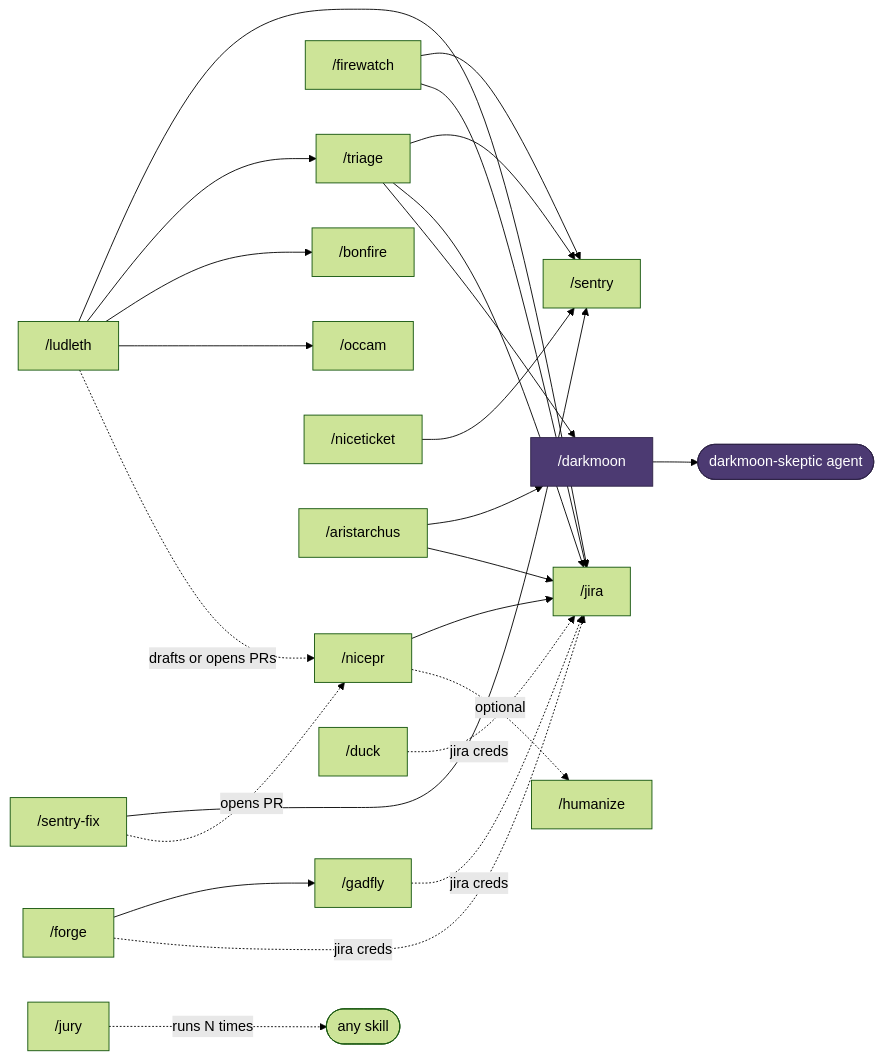
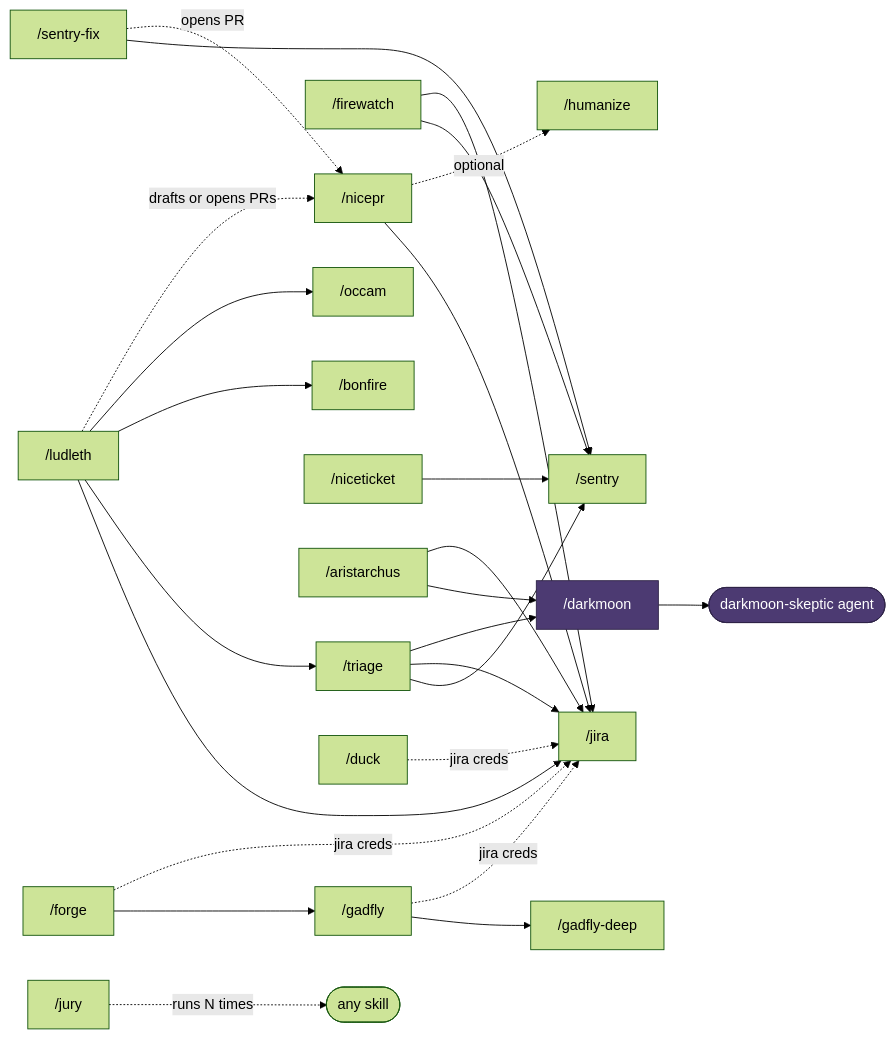
One commit to sgtlaugh/skills changed the diagram in README.md. Above: the diagram before and after it, drawn with Mermaid (forest theme). The commit also changed other lines of this file, not shown here.

Commit message:
docs: README fixes bonfire's needs and names gadfly-deep

````diff
--- a/README.md
+++ b/README.md
@@ -141,29 +143,30 @@
 ```mermaid
 flowchart LR
     triage["/triage"] --> sentry["/sentry"]
     triage --> jira["/jira"]
     triage --> darkmoon["/darkmoon"]
     firewatch["/firewatch"] --> sentry
     sentryfix["/sentry-fix"] --> sentry
     sentryfix -. opens PR .-> nicepr
     ludleth["/ludleth"] --> jira
     ludleth --> triage
     ludleth --> bonfire["/bonfire"]
     ludleth --> occam["/occam"]
     ludleth -. drafts or opens PRs .-> nicepr
     niceticket["/niceticket"] --> sentry
     firewatch --> jira
     aristarchus["/aristarchus"] --> darkmoon
     aristarchus --> jira
     forge["/forge"] --> gadfly["/gadfly"]
+    gadfly --> gadflydeep["/gadfly-deep"]
     forge -. jira creds .-> jira
     gadfly -. jira creds .-> jira
     duck["/duck"] -. jira creds .-> jira
     nicepr["/nicepr"] --> jira
     nicepr -. optional .-> humanize["/humanize"]
     jury["/jury"] -. runs N times .-> anyskill([any skill])
     darkmoon --> skeptic([darkmoon-skeptic agent])
 
     classDef verifier fill:#4c3a72,stroke:#2e2347,color:#fff
     class darkmoon,skeptic verifier
 ```
````
